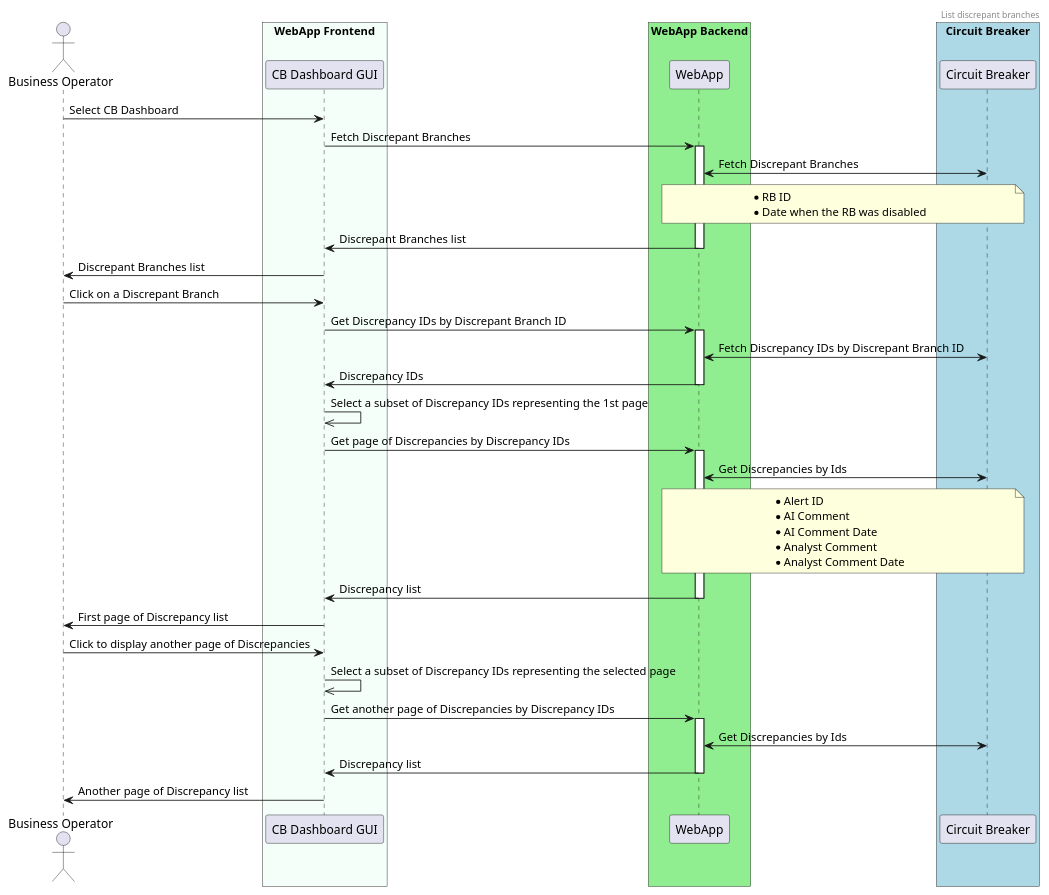
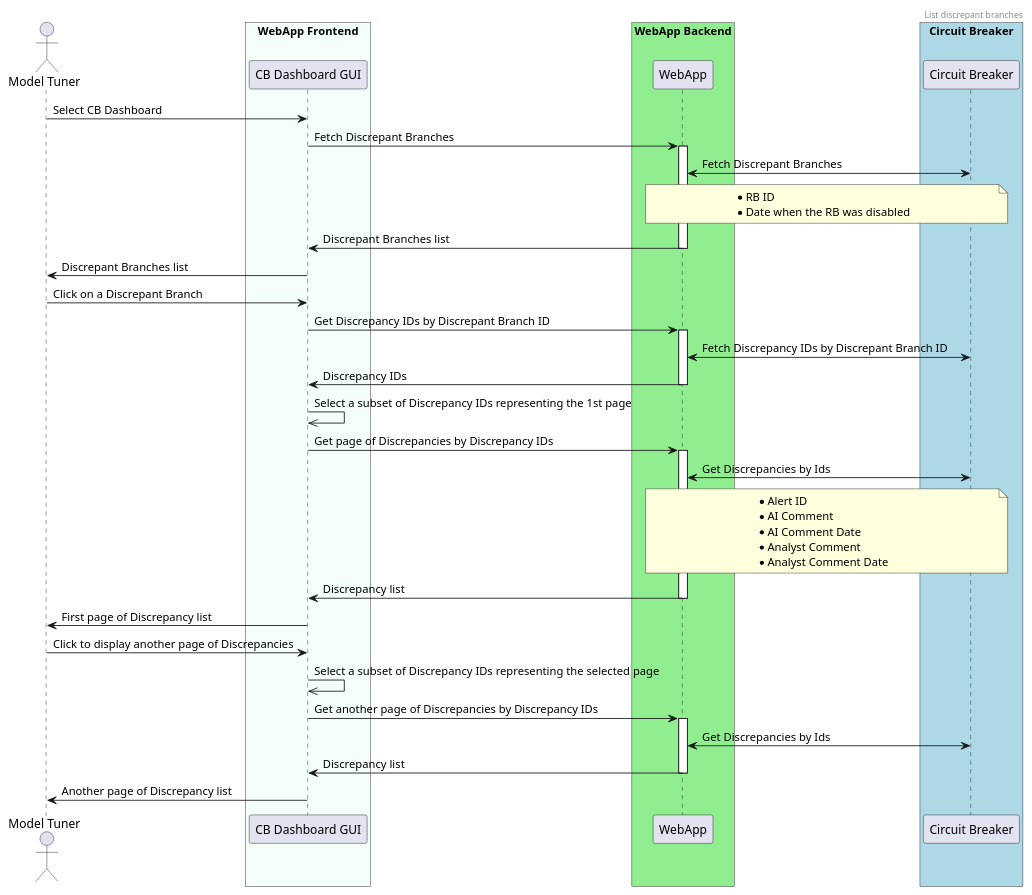
The diagram in modules/webapp/sens-webapp-documentation/src/docs/asciidoc/hld/2020-06-08_discrepancy-list.adoc (ngraczykowski/iris-root), drawn with PlantUML before and after one commit. The commit also changed other lines of this file and 55 other files, not shown here.

```diff
--- a/modules/webapp/sens-webapp-documentation/src/docs/asciidoc/hld/2020-06-08_discrepancy-list.adoc
+++ b/modules/webapp/sens-webapp-documentation/src/docs/asciidoc/hld/2020-06-08_discrepancy-list.adoc
@@ -8,70 +8,70 @@
 [plantuml,bo-gets-list-of-discrepant-branches,svg]
 -----
 @startuml
 header List discrepant branches
 
-actor "Business Operator"
+actor "Model Tuner"
 
 box "WebApp Frontend" #MintCream
     participant Frontend as "CB Dashboard GUI"
 end box
 
 box "WebApp Backend" #LightGreen
     participant Backend as "WebApp"
 end box
 
 box "Circuit Breaker" #LightBlue
     participant CB as "Circuit Breaker" order 48
 end box
 
-"Business Operator" -> Frontend : Select CB Dashboard
+"Model Tuner" -> Frontend : Select CB Dashboard
 
 Frontend -> Backend : Fetch Discrepant Branches
 activate Backend
 Backend <-> CB : Fetch Discrepant Branches
 note over Backend, CB
     * RB ID
     * Date when the RB was disabled
 end note
 
 Backend -> Frontend : Discrepant Branches list
 deactivate Backend
-Frontend->"Business Operator": Discrepant Branches list
+Frontend->"Model Tuner": Discrepant Branches list
 
-"Business Operator" -> Frontend : Click on a Discrepant Branch
+"Model Tuner" -> Frontend : Click on a Discrepant Branch
 Frontend -> Backend : Get Discrepancy IDs by Discrepant Branch ID
 activate Backend
 Backend <-> CB : Fetch Discrepancy IDs by Discrepant Branch ID
 Backend -> Frontend : Discrepancy IDs
 deactivate Backend
 
 Frontend ->> Frontend : Select a subset of Discrepancy IDs representing the 1st page
 
 Frontend -> Backend : Get page of Discrepancies by Discrepancy IDs
 activate Backend
 Backend <-> CB : Get Discrepancies by Ids
 note over Backend, CB
     * Alert ID
     * AI Comment
     * AI Comment Date
     * Analyst Comment
     * Analyst Comment Date
 end note
 Backend -> Frontend : Discrepancy list
 deactivate Backend
-Frontend->"Business Operator": First page of Discrepancy list
+Frontend->"Model Tuner": First page of Discrepancy list
 
-"Business Operator" -> Frontend : Click to display another page of Discrepancies
+"Model Tuner" -> Frontend : Click to display another page of Discrepancies
 Frontend ->> Frontend : Select a subset of Discrepancy IDs representing the selected page
 
 Frontend -> Backend : Get another page of Discrepancies by Discrepancy IDs
 activate Backend
 Backend <-> CB : Get Discrepancies by Ids
 
 Backend -> Frontend : Discrepancy list
 deactivate Backend
-Frontend->"Business Operator": Another page of Discrepancy list
+Frontend->"Model Tuner": Another page of Discrepancy list
 
 
 @enduml
 -----
```
